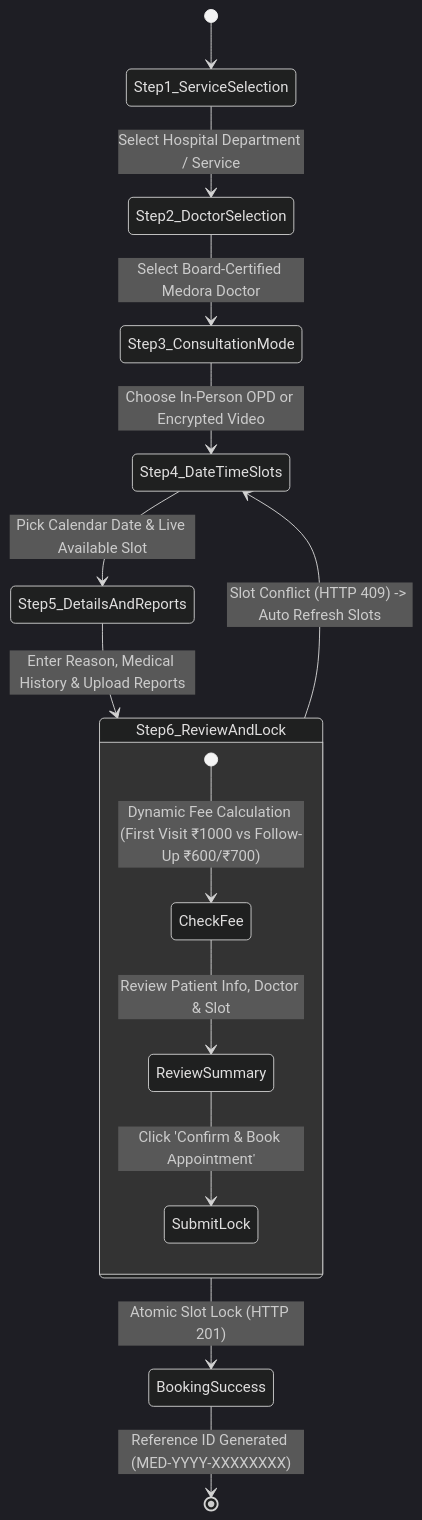
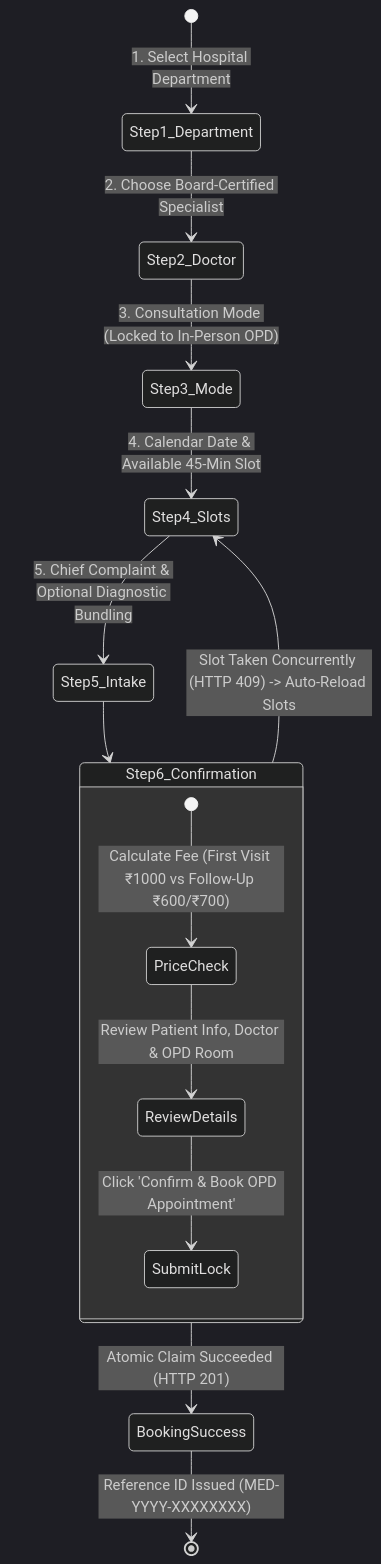
One commit to rahika15046-maker/Doctor-Appointment changed the fourth of 6 diagrams in README.md. Above: the diagram before and after it, drawn with Mermaid (dark theme). The commit also changed other lines of this file, not shown here.

Commit message:
docs: revamp README with high-impact visuals, diagrams, and deployment architecture

````diff
--- a/README.md
+++ b/README.md
@@ -163,19 +242,19 @@
 ```mermaid
 stateDiagram-v2
-    [*] --> Step1_ServiceSelection
-    Step1_ServiceSelection --> Step2_DoctorSelection: Select Hospital Department / Service
-    Step2_DoctorSelection --> Step3_ConsultationMode: Select Board-Certified Medora Doctor
-    Step3_ConsultationMode --> Step4_DateTimeSlots: Choose In-Person OPD or Encrypted Video
-    Step4_DateTimeSlots --> Step5_DetailsAndReports: Pick Calendar Date & Live Available Slot
-    Step5_DetailsAndReports --> Step6_ReviewAndLock: Enter Reason, Medical History & Upload Reports
+    [*] --> Step1_Department: 1. Select Hospital Department
+    Step1_Department --> Step2_Doctor: 2. Choose Board-Certified Specialist
+    Step2_Doctor --> Step3_Mode: 3. Consultation Mode (Locked to In-Person OPD)
+    Step3_Mode --> Step4_Slots: 4. Calendar Date & Available 45-Min Slot
+    Step4_Slots --> Step5_Intake: 5. Chief Complaint & Optional Diagnostic Bundling
     
-    state Step6_ReviewAndLock {
-        [*] --> CheckFee: Dynamic Fee Calculation (First Visit ₹1000 vs Follow-Up ₹600/₹700)
-        CheckFee --> ReviewSummary: Review Patient Info, Doctor & Slot
-        ReviewSummary --> SubmitLock: Click 'Confirm & Book Appointment'
+    state Step6_Confirmation {
+        [*] --> PriceCheck: Calculate Fee (First Visit ₹1000 vs Follow-Up ₹600/₹700)
+        PriceCheck --> ReviewDetails: Review Patient Info, Doctor & OPD Room
+        ReviewDetails --> SubmitLock: Click 'Confirm & Book OPD Appointment'
     }
 
-    Step6_ReviewAndLock --> BookingSuccess: Atomic Slot Lock (HTTP 201)
-    Step6_ReviewAndLock --> Step4_DateTimeSlots: Slot Conflict (HTTP 409) -> Auto Refresh Slots
-    BookingSuccess --> [*]: Reference ID Generated (MED-YYYY-XXXXXXXX)
+    Step5_Intake --> Step6_Confirmation
+    Step6_Confirmation --> BookingSuccess: Atomic Claim Succeeded (HTTP 201)
+    Step6_Confirmation --> Step4_Slots: Slot Taken Concurrently (HTTP 409) -> Auto-Reload Slots
+    BookingSuccess --> [*]: Reference ID Issued (MED-YYYY-XXXXXXXX)
 ```
````
